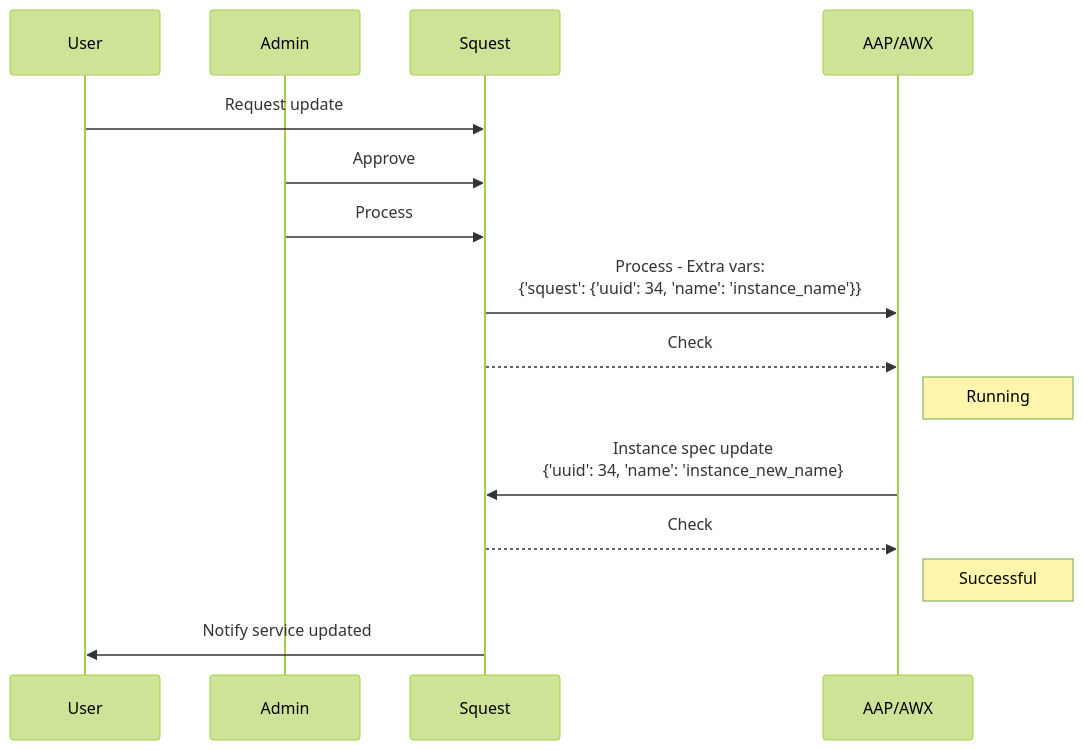
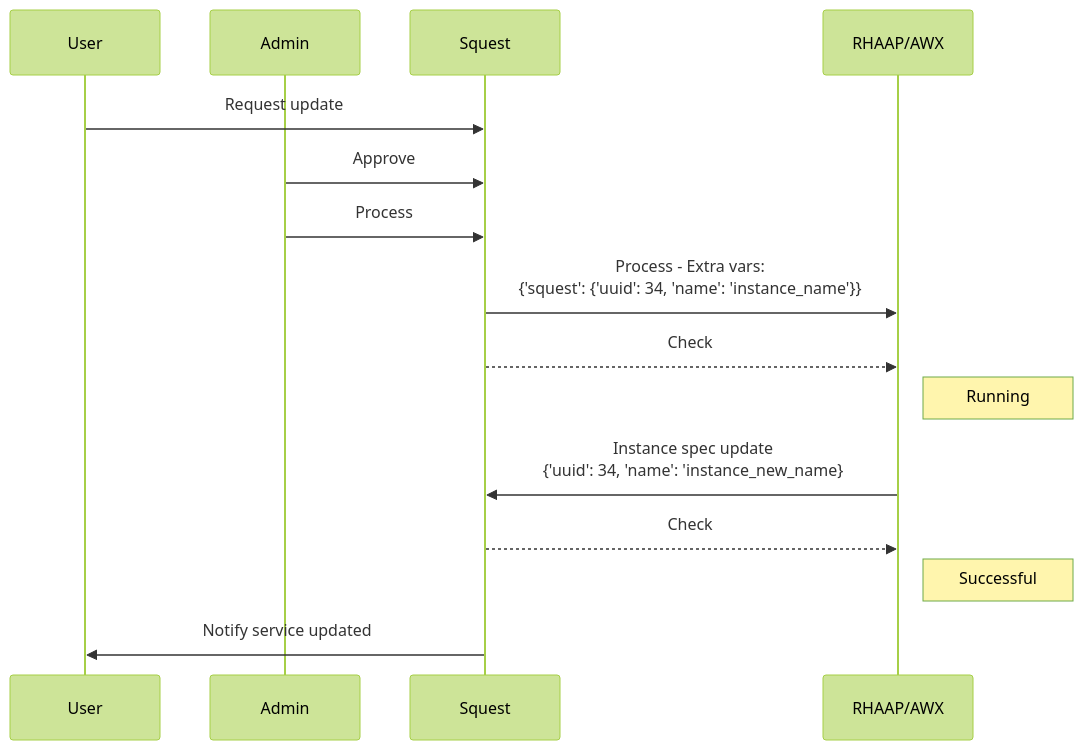
The second of 2 diagrams in docs/manual/service_catalog/concept.md (HewlettPackard/squest), drawn with Mermaid (forest theme) before and after one commit. The commit also changed other lines of this file and 16 other files, not shown here.

Commit message:
rename AAP --> RHAAP

````diff
--- a/docs/manual/service_catalog/concept.md
+++ b/docs/manual/service_catalog/concept.md
@@ -125,17 +125,17 @@
 ```mermaid
 sequenceDiagram
     participant User
     participant Admin
     participant Squest
-    participant AAP/AWX
+    participant RHAAP/AWX
     User->>Squest: Request update
     Admin->>Squest: Approve
     Admin->>Squest: Process
-    Squest->>AAP/AWX: Process - Extra vars:<br> {'squest': {'uuid': 34, 'name': 'instance_name'}}
-    Squest-->>AAP/AWX: Check
-    Note right of AAP/AWX: Running
-    AAP/AWX->>Squest: Instance spec update <br> {'uuid': 34, 'name': 'instance_new_name}
-    Squest-->>AAP/AWX: Check
-    Note right of AAP/AWX: Successful    
+    Squest->>RHAAP/AWX: Process - Extra vars:<br> {'squest': {'uuid': 34, 'name': 'instance_name'}}
+    Squest-->>RHAAP/AWX: Check
+    Note right of RHAAP/AWX: Running
+    RHAAP/AWX->>Squest: Instance spec update <br> {'uuid': 34, 'name': 'instance_new_name}
+    Squest-->>RHAAP/AWX: Check
+    Note right of RHAAP/AWX: Successful    
     Squest->>User: Notify service updated
 ```
````
